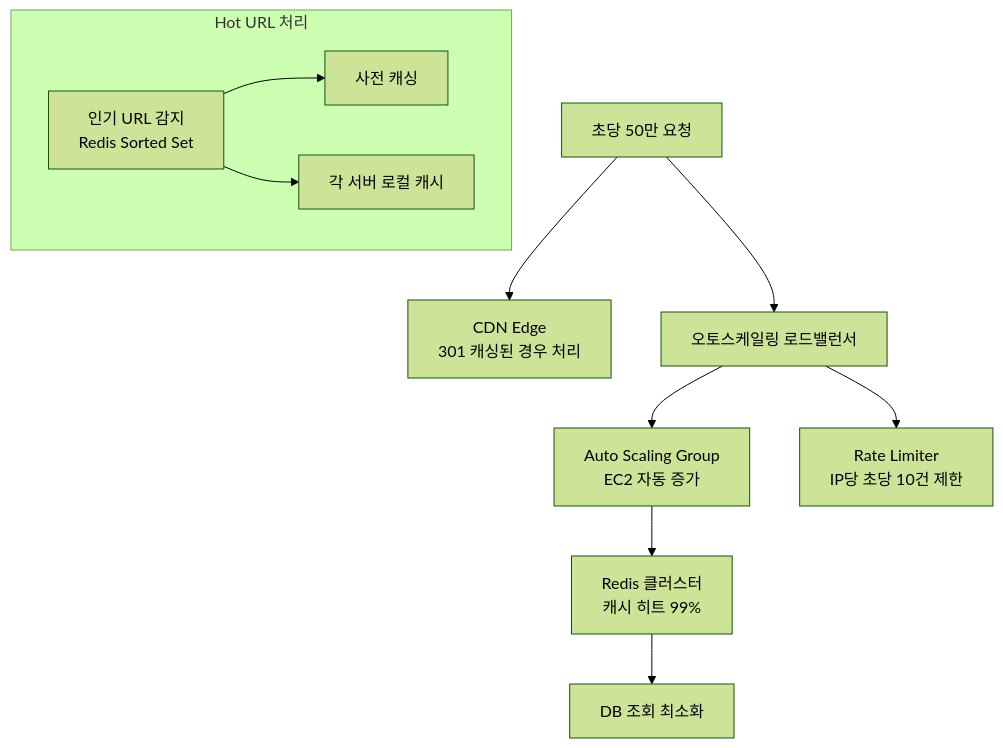
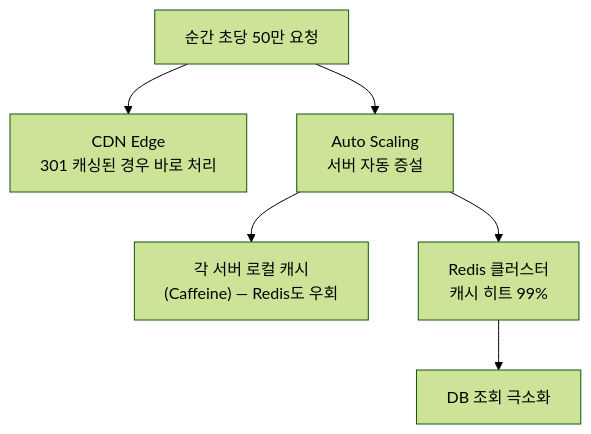
The seventh of 7 diagrams in _posts/systemdesign/2026-05-02-system-design-url-shortener.md (yjkim2015/yjkim2015.github.io), drawn with Mermaid (forest theme) before and after one commit. The commit also changed other lines of this file and 122 other files, not shown here.

````diff
--- a/_posts/systemdesign/2026-05-02-system-design-url-shortener.md
+++ b/_posts/systemdesign/2026-05-02-system-design-url-shortener.md
@@ -500,17 +267,8 @@
 ```mermaid
 graph TD
-    Traffic["초당 50만 요청"] --> CDN["CDN Edge<br>301 캐싱된 경우 처리"]
-    Traffic --> LB["오토스케일링 로드밸런서"]
-
-    LB --> AS["Auto Scaling Group<br>EC2 자동 증가"]
-    LB --> RateLimit["Rate Limiter<br>IP당 초당 10건 제한"]
-
-    AS --> Cache["Redis 클러스터<br>캐시 히트 99%"]
-    Cache --> DB["DB 조회 최소화"]
-
-    subgraph "Hot URL 처리"
-        HotDetect["인기 URL 감지<br>Redis Sorted Set"]
-        HotDetect --> PreCache["사전 캐싱"]
-        HotDetect --> LocalCache["각 서버 로컬 캐시"]
-    end
+    Traffic["순간 초당 50만 요청"] --> CDN["CDN Edge<br>301 캐싱된 경우 바로 처리"]
+    Traffic --> LB["Auto Scaling<br>서버 자동 증설"]
+    LB --> LocalCache["각 서버 로컬 캐시<br>(Caffeine) — Redis도 우회"]
+    LB --> Redis["Redis 클러스터<br>캐시 히트 99%"]
+    Redis --> DB["DB 조회 극소화"]
 ```
````
